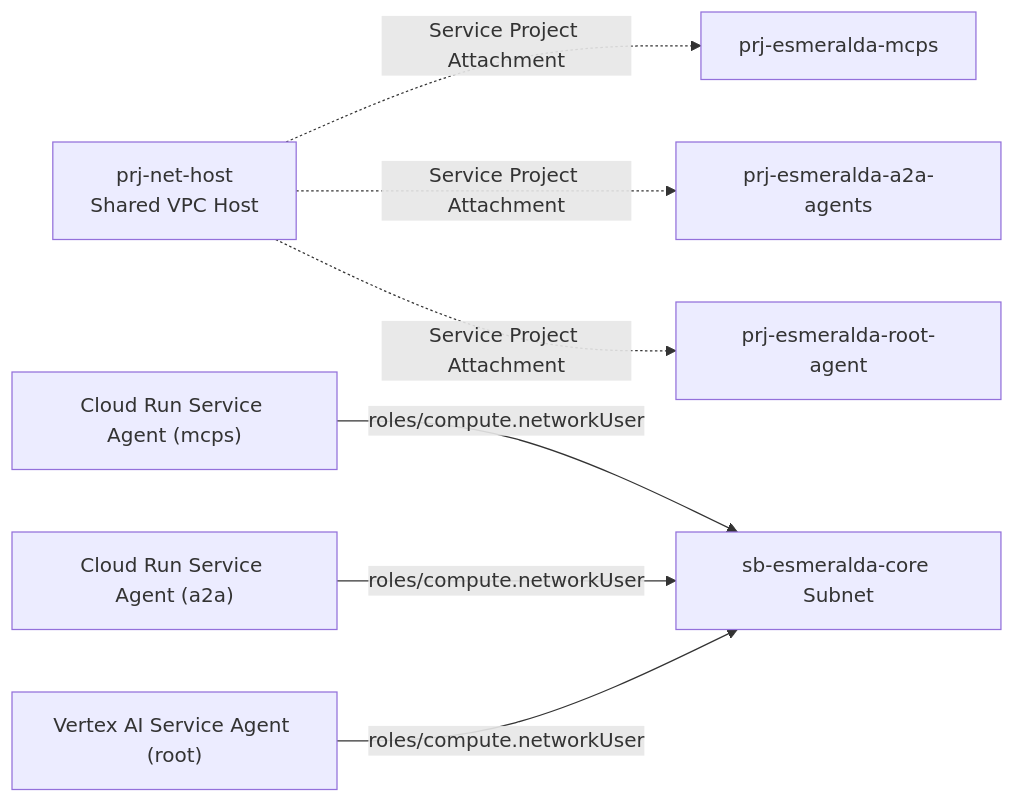
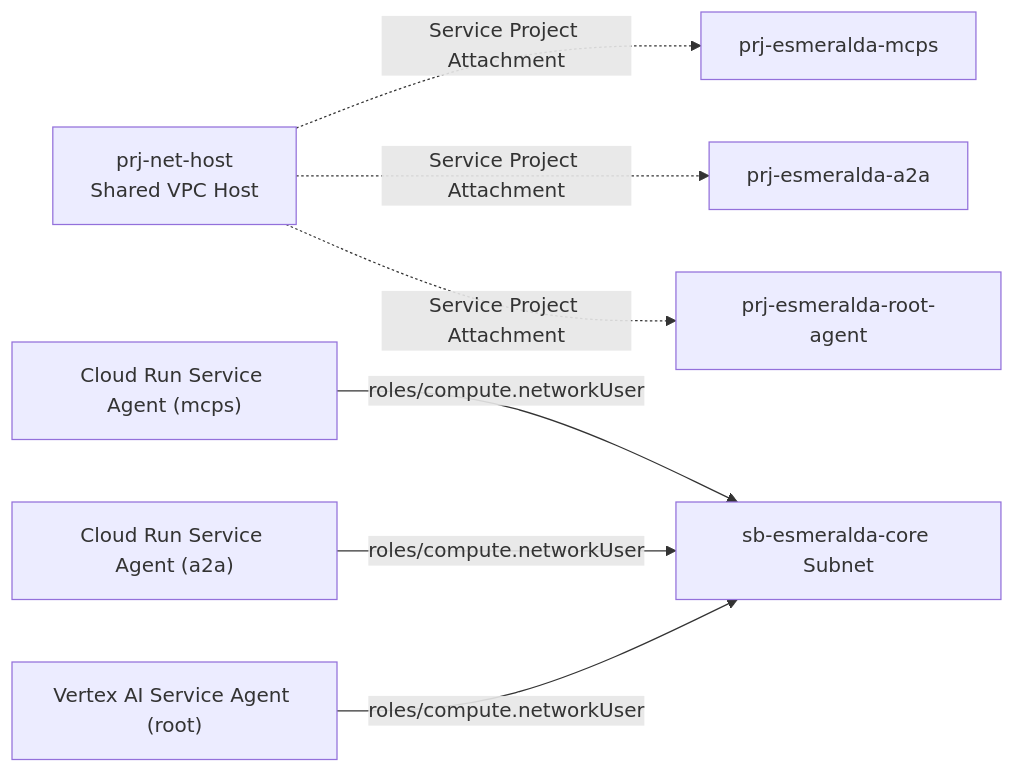
The third of 3 diagrams in docs/1-platform-foundations/02-private-networking.md (google/esmeralda), drawn with Mermaid before and after one commit. The commit also changed other lines of this file and 8 other files, not shown here.

````diff
--- a/docs/1-platform-foundations/02-private-networking.md
+++ b/docs/1-platform-foundations/02-private-networking.md
@@ -98,13 +88,13 @@
 ```mermaid
 graph LR
     Host["prj-net-host<br/>Shared VPC Host"]
     Subnet["sb-esmeralda-core Subnet"]
 
-    Host -. Service Project Attachment .-> P_MCP["prj-esmeralda-mcps"]
-    Host -. Service Project Attachment .-> P_A2A["prj-esmeralda-a2a-agents"]
-    Host -. Service Project Attachment .-> P_Root["prj-esmeralda-root-agent"]
+    Host -.->|Service Project Attachment| P_MCP["prj-esmeralda-mcps"]
+    Host -.->|Service Project Attachment| P_A2A["prj-esmeralda-a2a"]
+    Host -.->|Service Project Attachment| P_Root["prj-esmeralda-root-agent"]
 
     SA_MCP["Cloud Run Service Agent (mcps)"] -->|roles/compute.networkUser| Subnet
     SA_A2A["Cloud Run Service Agent (a2a)"] -->|roles/compute.networkUser| Subnet
     SA_Root["Vertex AI Service Agent (root)"] -->|roles/compute.networkUser| Subnet
 ```
````
